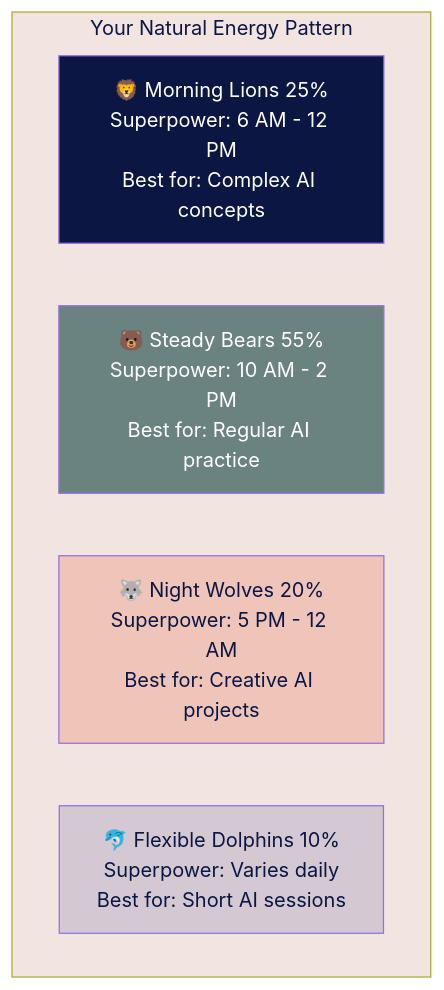
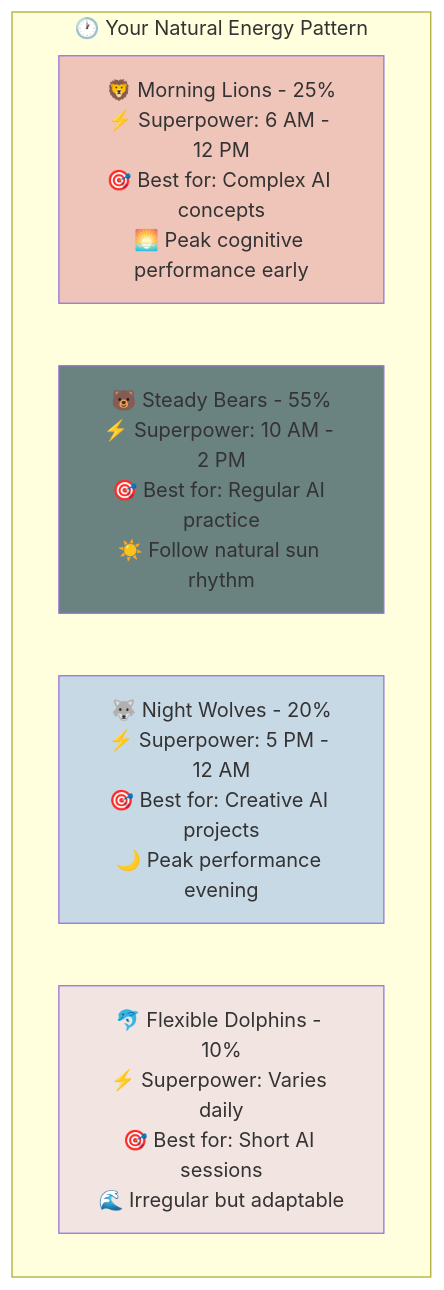
The third of 5 diagrams in how-to-learn-anything.md (ninabrenes/ai-for-normal-people), drawn with Mermaid before and after one commit. The commit also changed other lines of this file, not shown here.

````diff
--- a/how-to-learn-anything.md
+++ b/how-to-learn-anything.md
@@ -104,15 +106,17 @@
 ```mermaid
 graph TD
-    subgraph Chronotypes[Your Natural Energy Pattern]
-        L[🦁 Morning Lions 25%<br/>Superpower: 6 AM - 12 PM<br/>Best for: Complex AI concepts]
-        B[🐻 Steady Bears 55%<br/>Superpower: 10 AM - 2 PM<br/>Best for: Regular AI practice]
-        W[🐺 Night Wolves 20%<br/>Superpower: 5 PM - 12 AM<br/>Best for: Creative AI projects]
-        D[🐬 Flexible Dolphins 10%<br/>Superpower: Varies daily<br/>Best for: Short AI sessions]
+    subgraph Chronotypes[🕐 Your Natural Energy Pattern]
+        L[🦁 Morning Lions - 25%<br/>⚡ Superpower: 6 AM - 12 PM<br/>🎯 Best for: Complex AI concepts<br/>🌅 Peak cognitive performance early]
+        
+        B[🐻 Steady Bears - 55%<br/>⚡ Superpower: 10 AM - 2 PM<br/>🎯 Best for: Regular AI practice<br/>☀️ Follow natural sun rhythm]
+        
+        W[🐺 Night Wolves - 20%<br/>⚡ Superpower: 5 PM - 12 AM<br/>🎯 Best for: Creative AI projects<br/>🌙 Peak performance evening]
+        
+        D[🐬 Flexible Dolphins - 10%<br/>⚡ Superpower: Varies daily<br/>🎯 Best for: Short AI sessions<br/>🌊 Irregular but adaptable]
     end
     
-    style L fill:#0b1643,color:#ffffff
-    style B fill:#6a8280,color:#ffffff
-    style W fill:#efc5b9,color:#0b1643
-    style D fill:#d4c9d2,color:#0b1643
-    style Chronotypes fill:#f2e5e1,color:#0b1643
+    style L fill:#efc5b9
+    style B fill:#6a8280  
+    style W fill:#c8d9e6
+    style D fill:#f2e5e1
 ```
````
